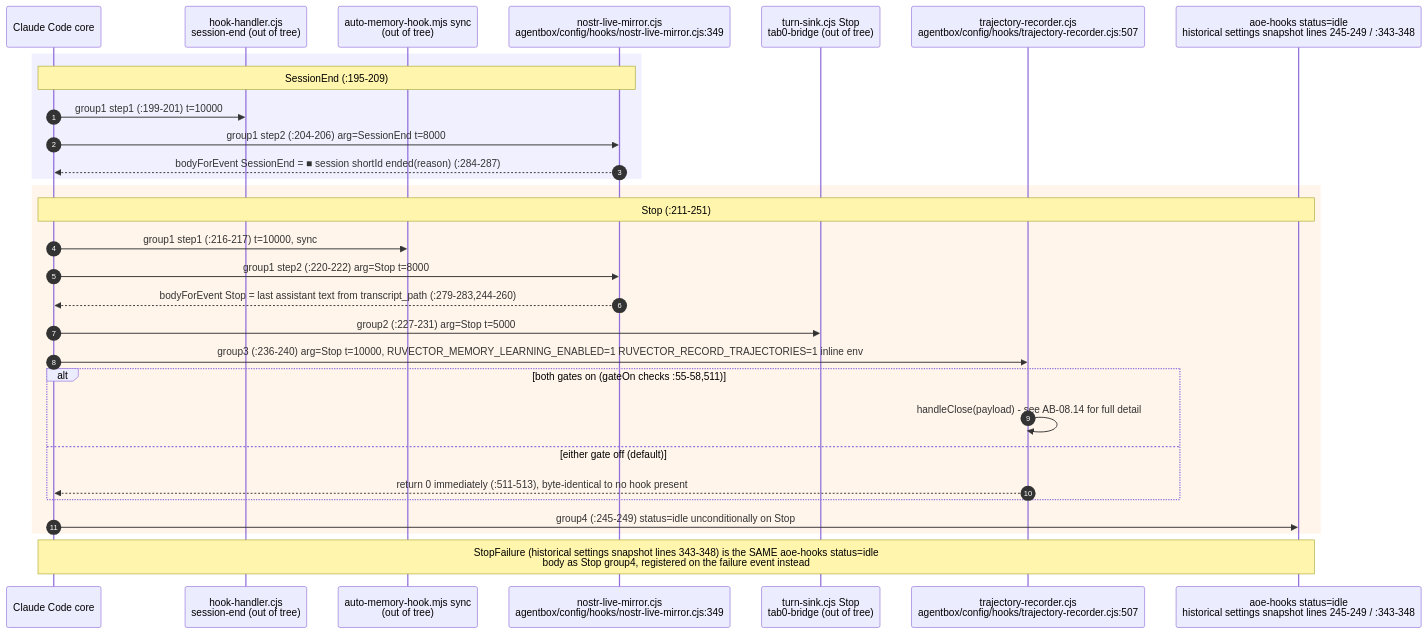
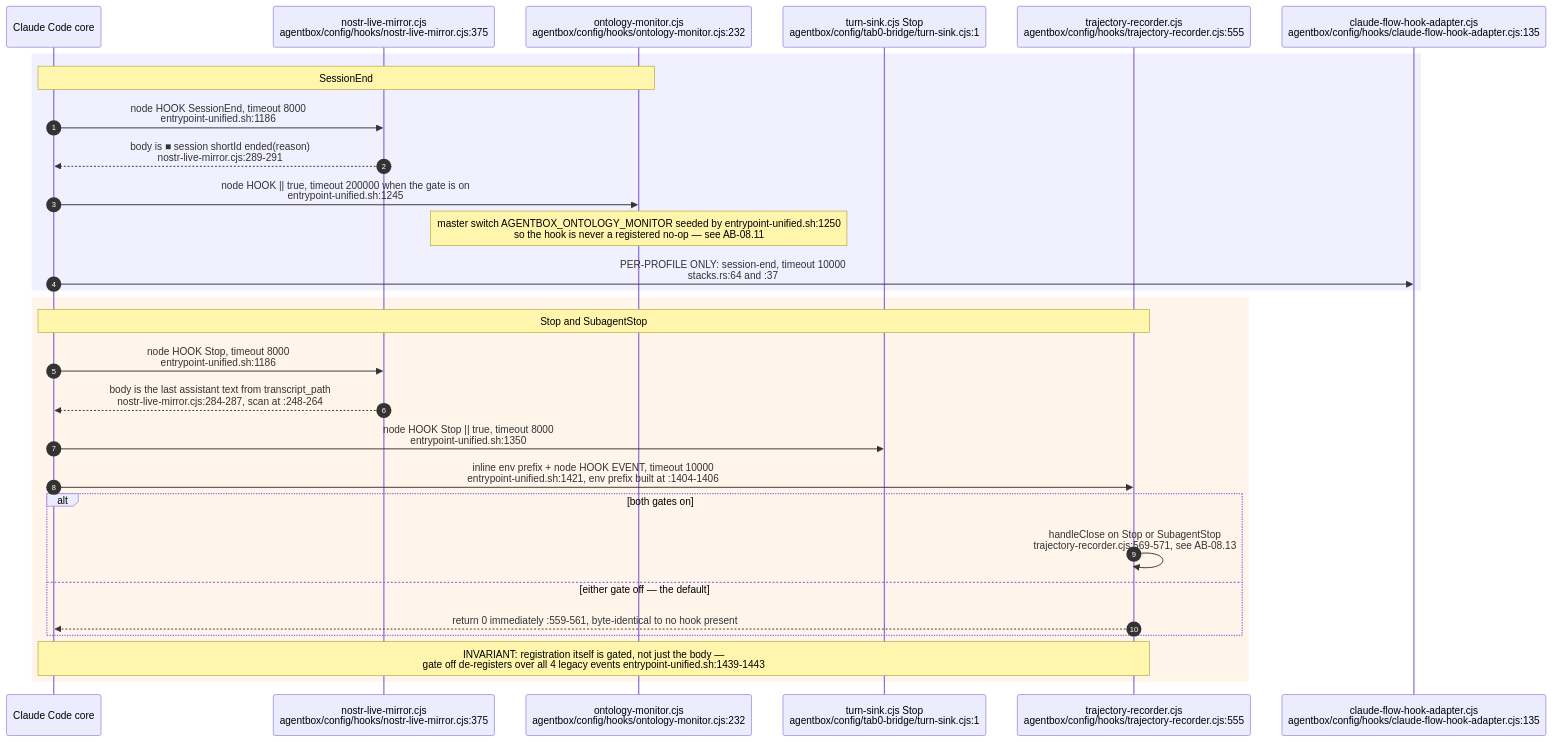
Before and after one commit to DreamLab-AI/VisionFlow: the seventh of 14 diagrams in docs/diagrams/agentbox/08-hooks-pipeline.md, drawn with Mermaid. The commit also changed other lines of this file and 7 other files, not shown here.

Commit message:
docs(diagrams): bind closeout security and retrieval flows to source

````diff
--- a/docs/diagrams/agentbox/08-hooks-pipeline.md
+++ b/docs/diagrams/agentbox/08-hooks-pipeline.md
@@ -277,33 +236,32 @@
 ```mermaid
 sequenceDiagram
     autonumber
     participant CC as Claude Code core
-    participant HH as hook-handler.cjs<br/>session-end (out of tree)
-    participant AM as auto-memory-hook.mjs sync<br/>(out of tree)
-    participant NM as nostr-live-mirror.cjs<br/>agentbox/config/hooks/nostr-live-mirror.cjs:349
-    participant TS as turn-sink.cjs Stop<br/>tab0-bridge (out of tree)
-    participant TR as trajectory-recorder.cjs<br/>agentbox/config/hooks/trajectory-recorder.cjs:507
-    participant AOE as aoe-hooks status=idle<br/>historical settings snapshot lines 245-249 / :343-348
+    participant NM as nostr-live-mirror.cjs<br/>agentbox/config/hooks/nostr-live-mirror.cjs:375
+    participant OM as ontology-monitor.cjs<br/>agentbox/config/hooks/ontology-monitor.cjs:232
+    participant TS as turn-sink.cjs Stop<br/>agentbox/config/tab0-bridge/turn-sink.cjs:1
+    participant TR as trajectory-recorder.cjs<br/>agentbox/config/hooks/trajectory-recorder.cjs:555
+    participant AD as claude-flow-hook-adapter.cjs<br/>agentbox/config/hooks/claude-flow-hook-adapter.cjs:135
 
     rect rgb(240,240,255)
-    Note over CC,NM: SessionEnd (:195-209)
-    CC->>HH: group1 step1 (:199-201) t=10000
-    CC->>NM: group1 step2 (:204-206) arg=SessionEnd t=8000
-    NM-->>CC: bodyForEvent SessionEnd = #9632; session shortId ended#40;reason#41; (:284-287)
+    Note over CC,OM: SessionEnd
+    CC->>NM: node HOOK SessionEnd, timeout 8000<br/>entrypoint-unified.sh:1186
+    NM-->>CC: body is #9632; session shortId ended#40;reason#41;<br/>nostr-live-mirror.cjs:289-291
+    CC->>OM: node HOOK #124;#124; true, timeout 200000 when the gate is on<br/>entrypoint-unified.sh:1245
+    Note over OM: master switch AGENTBOX_ONTOLOGY_MONITOR seeded by entrypoint-unified.sh:1250<br/>so the hook is never a registered no-op — see AB-08.11
+    CC->>AD: PER-PROFILE ONLY: session-end, timeout 10000<br/>stacks.rs:64 and :37
     end
     rect rgb(255,245,235)
-    Note over CC,AOE: Stop (:211-251)
-    CC->>AM: group1 step1 (:216-217) t=10000, sync
-    CC->>NM: group1 step2 (:220-222) arg=Stop t=8000
-    NM-->>CC: bodyForEvent Stop = last assistant text from transcript_path (:279-283,244-260)
-    CC->>TS: group2 (:227-231) arg=Stop t=5000
-    CC->>TR: group3 (:236-240) arg=Stop t=10000, RUVECTOR_MEMORY_LEARNING_ENABLED=1 RUVECTOR_RECORD_TRAJECTORIES=1 inline env
-    alt both gates on (gateOn checks :55-58,511)
-        TR->>TR: handleClose#40;payload#41; - see AB-08.14 for full detail
-    else either gate off (default)
-        TR-->>CC: return 0 immediately (:511-513), byte-identical to no hook present
+    Note over CC,TR: Stop and SubagentStop
+    CC->>NM: node HOOK Stop, timeout 8000<br/>entrypoint-unified.sh:1186
+    NM-->>CC: body is the last assistant text from transcript_path<br/>nostr-live-mirror.cjs:284-287, scan at :248-264
+    CC->>TS: node HOOK Stop #124;#124; true, timeout 8000<br/>entrypoint-unified.sh:1350
+    CC->>TR: inline env prefix + node HOOK EVENT, timeout 10000<br/>entrypoint-unified.sh:1421, env prefix built at :1404-1406
+    alt both gates on
+        TR->>TR: handleClose on Stop or SubagentStop<br/>trajectory-recorder.cjs:569-571, see AB-08.13
+    else either gate off — the default
+        TR-->>CC: return 0 immediately :559-561, byte-identical to no hook present
     end
-    CC->>AOE: group4 (:245-249) status=idle unconditionally on Stop
+    Note over CC,TR: INVARIANT: registration itself is gated, not just the body —<br/>gate off de-registers over all 4 legacy events entrypoint-unified.sh:1439-1443
     end
-    Note over CC,AOE: StopFailure (historical settings snapshot lines 343-348) is the SAME aoe-hooks status=idle<br/>body as Stop group4, registered on the failure event instead
 ```
````
